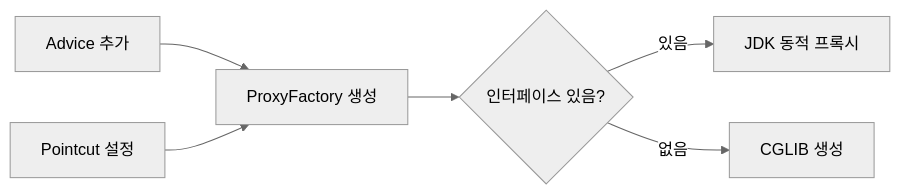
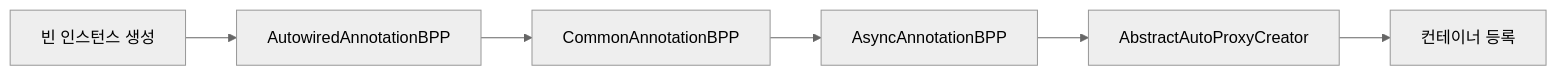
One commit to yjkim2015/yjkim2015.github.io changed the second of 7 diagrams in _posts/spring/2026-05-02-spring-core-advanced.md. Above: the diagram before and after it, drawn with Mermaid (neutral theme). The commit also changed other lines of this file and 4 other files, not shown here.

````diff
--- a/_posts/spring/2026-05-02-spring-core-advanced.md
+++ b/_posts/spring/2026-05-02-spring-core-advanced.md
@@ -235,8 +208,8 @@
 ```mermaid
 graph LR
-    A["ProxyFactory 생성"] --> B{"인터페이스 있음?"}
-    B -->|"있음"| C["JDK 동적 프록시"]
-    B -->|"없음"| D["CGLIB 생성"]
-    E["Advice 추가"] --> A
-    F["Pointcut 설정"] --> A
+    A["빈 인스턴스 생성"] --> B["AutowiredAnnotationBPP"]
+    B --> C["CommonAnnotationBPP"]
+    C --> D["AsyncAnnotationBPP"]
+    D --> E["AbstractAutoProxyCreator"]
+    E --> F["컨테이너 등록"]
 ```
````
